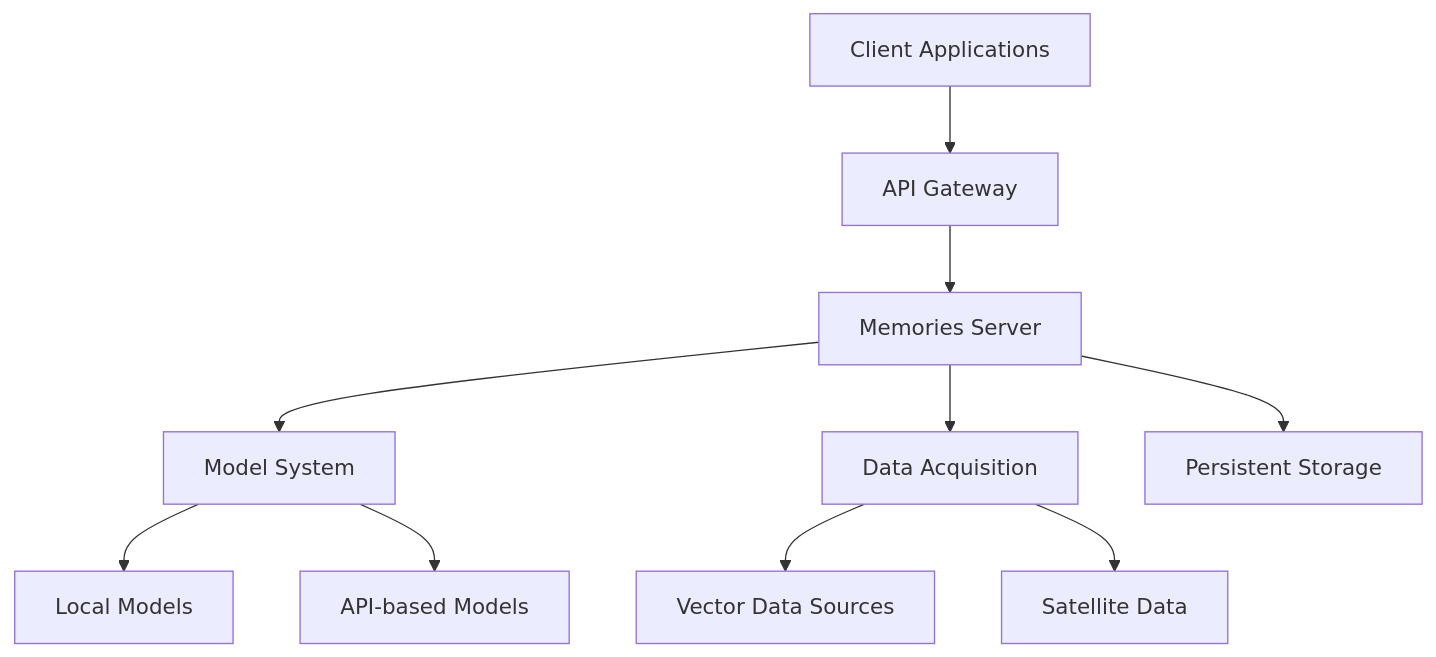
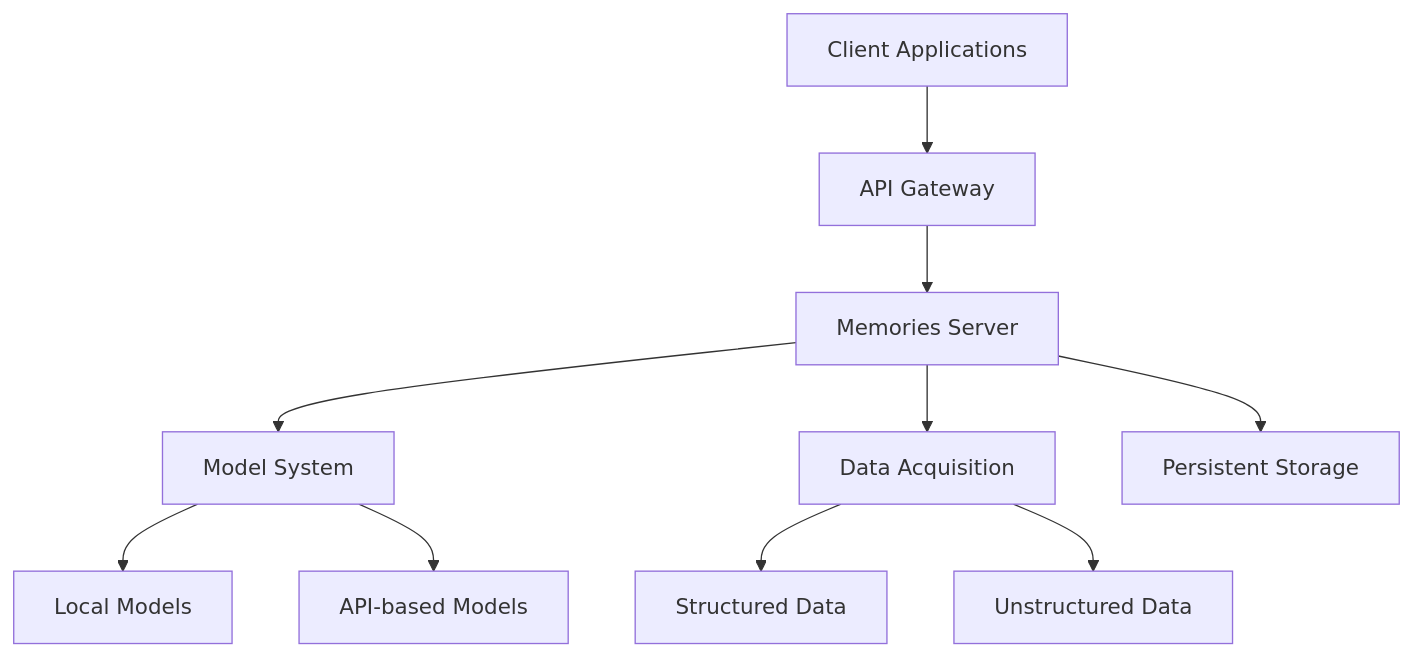
One commit to Vortx-AI/memories-dev changed the third of 4 diagrams in docs/source/technical_index.rst. Above: the diagram before and after it, drawn with Mermaid. The commit also changed other lines of this file and 3 other files, not shown here.

```diff
--- a/docs/source/technical_index.rst
+++ b/docs/source/technical_index.rst
@@ -357,12 +470,12 @@
 .. mermaid::
 
    graph TD
        Client[Client Applications] --> API[API Gateway]
        API --> Server[Memories Server]
        Server --> Models[Model System]
        Server --> DataAcq[Data Acquisition]
        Models --> LocalModels[Local Models]
        Models --> APIModels[API-based Models]
-       DataAcq --> VectorData[Vector Data Sources]
-       DataAcq --> SatelliteData[Satellite Data]
+       DataAcq --> StructuredData[Structured Data]
+       DataAcq --> UnstructuredData[Unstructured Data]
        Server --> Storage[Persistent Storage]
```
